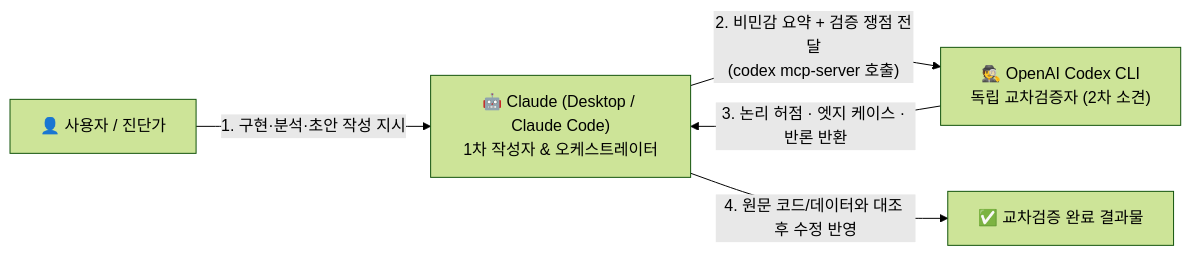
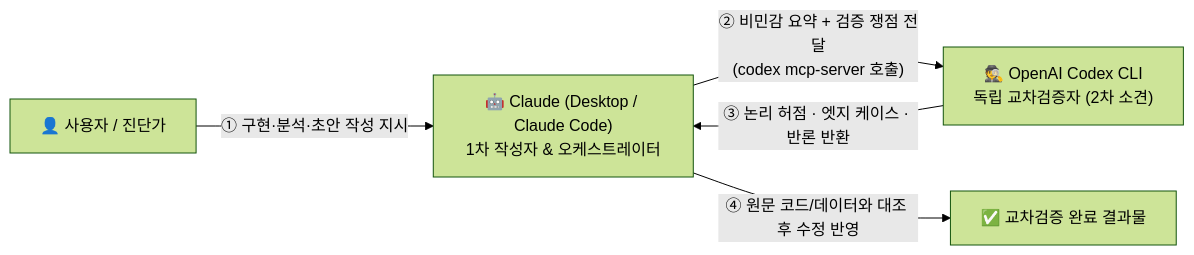
The diagram in content/도구/Claude 작업을 Codex로 교차검증하기 — MCP로 두 AI 붙이기.md (gooyong-sec/gooyong-sec.github.io), drawn with Mermaid (forest theme) before and after one commit. The commit also changed 6 other files, not shown here.

First line of the commit message:
fix: avoid mermaid markdown-list misparse in numbered edge labels

````diff
--- a/content/도구/Claude 작업을 Codex로 교차검증하기 — MCP로 두 AI 붙이기.md
+++ b/content/도구/Claude 작업을 Codex로 교차검증하기 — MCP로 두 AI 붙이기.md
@@ -19,7 +19,7 @@
 ```mermaid
 flowchart LR
-    User["👤 사용자 / 진단가"] -->|"1. 구현·분석·초안 작성 지시"| Claude["🤖 Claude (Desktop / Claude Code)<br/>1차 작성자 & 오케스트레이터"]
-    Claude -->|"2. 비민감 요약 + 검증 쟁점 전달<br/>(codex mcp-server 호출)"| Codex["🕵️ OpenAI Codex CLI<br/>독립 교차검증자 (2차 소견)"]
-    Codex -->|"3. 논리 허점 · 엣지 케이스 · 반론 반환"| Claude
-    Claude -->|"4. 원문 코드/데이터와 대조 후 수정 반영"| Result["✅ 교차검증 완료 결과물"]
+    User["👤 사용자 / 진단가"] -->|"① 구현·분석·초안 작성 지시"| Claude["🤖 Claude (Desktop / Claude Code)<br/>1차 작성자 & 오케스트레이터"]
+    Claude -->|"② 비민감 요약 + 검증 쟁점 전달<br/>(codex mcp-server 호출)"| Codex["🕵️ OpenAI Codex CLI<br/>독립 교차검증자 (2차 소견)"]
+    Codex -->|"③ 논리 허점 · 엣지 케이스 · 반론 반환"| Claude
+    Claude -->|"④ 원문 코드/데이터와 대조 후 수정 반영"| Result["✅ 교차검증 완료 결과물"]
 ```
````
